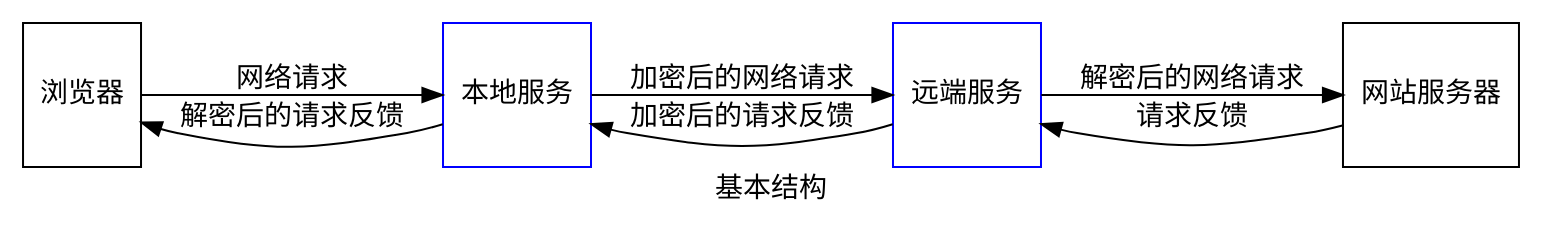
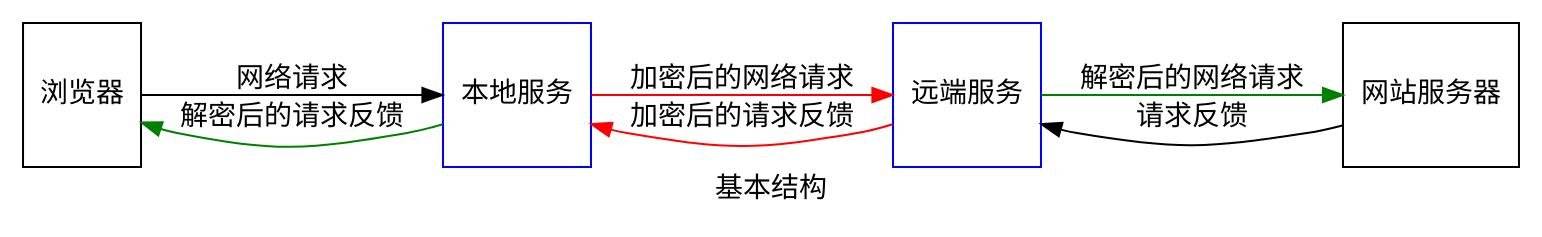
One commit to eaglexiang/eagle.tunnel.dotnet.core changed the diagram in doc/arch.gv. Above: the diagram before and after it, drawn with Graphviz.

```diff
--- a/doc/arch.gv
+++ b/doc/arch.gv
@@ -1,19 +1,19 @@
 digraph startgame {
     label="基本结构"
     rankdir = LR
 
     app[label="浏览器" shape=box, height=1]
     local[label="本地服务" shape=box, height=1, color=blue]
     remote[label="远端服务" shape=box, height=1, color=blue]
     server[label="网站服务器" shape=box, height=1]
 
 
     app -> local [label="网络请求"]
-    local -> app [label="解密后的请求反馈"]
+    local -> app [label="解密后的请求反馈", color=green]
 
-    local -> remote [label="加密后的网络请求"]
-    remote -> local [label="加密后的请求反馈"]
+    local -> remote [label="加密后的网络请求", color=red]
+    remote -> local [label="加密后的请求反馈", color=red]
 
-    remote -> server [label="解密后的网络请求"]
+    remote -> server [label="解密后的网络请求", color=green]
     server -> remote [label="请求反馈"]
 }
```
